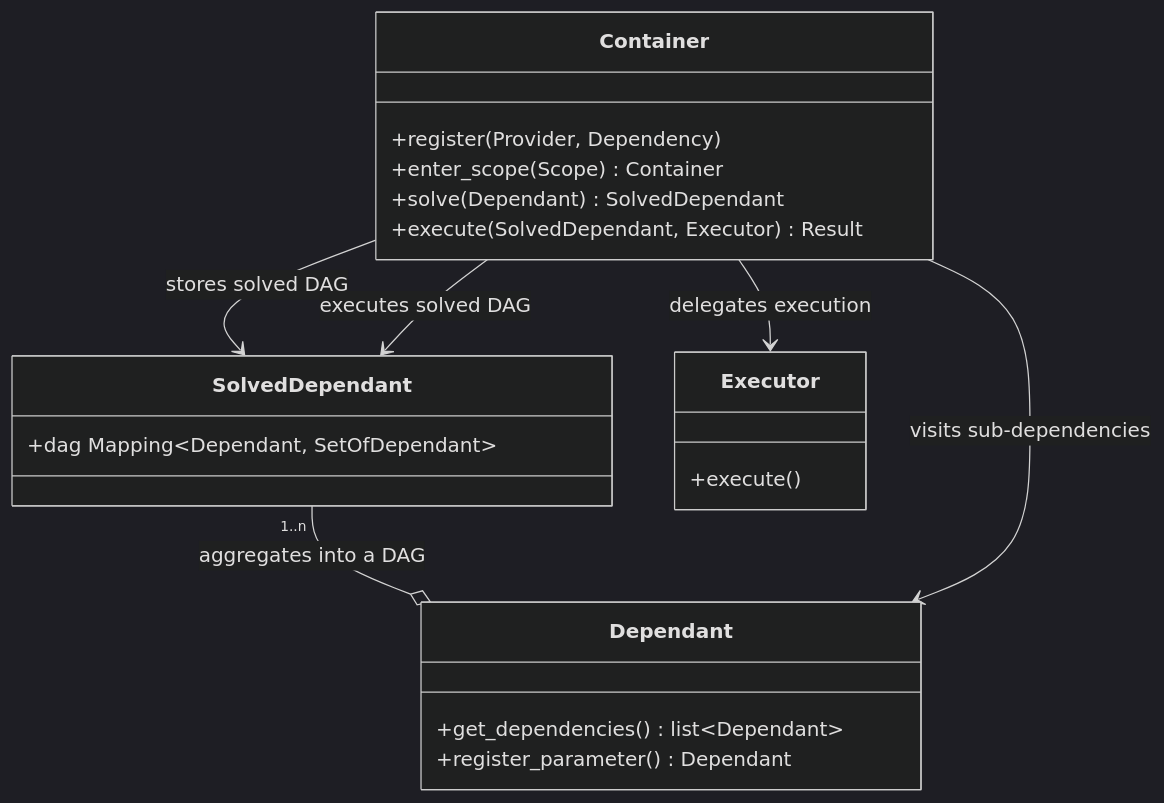
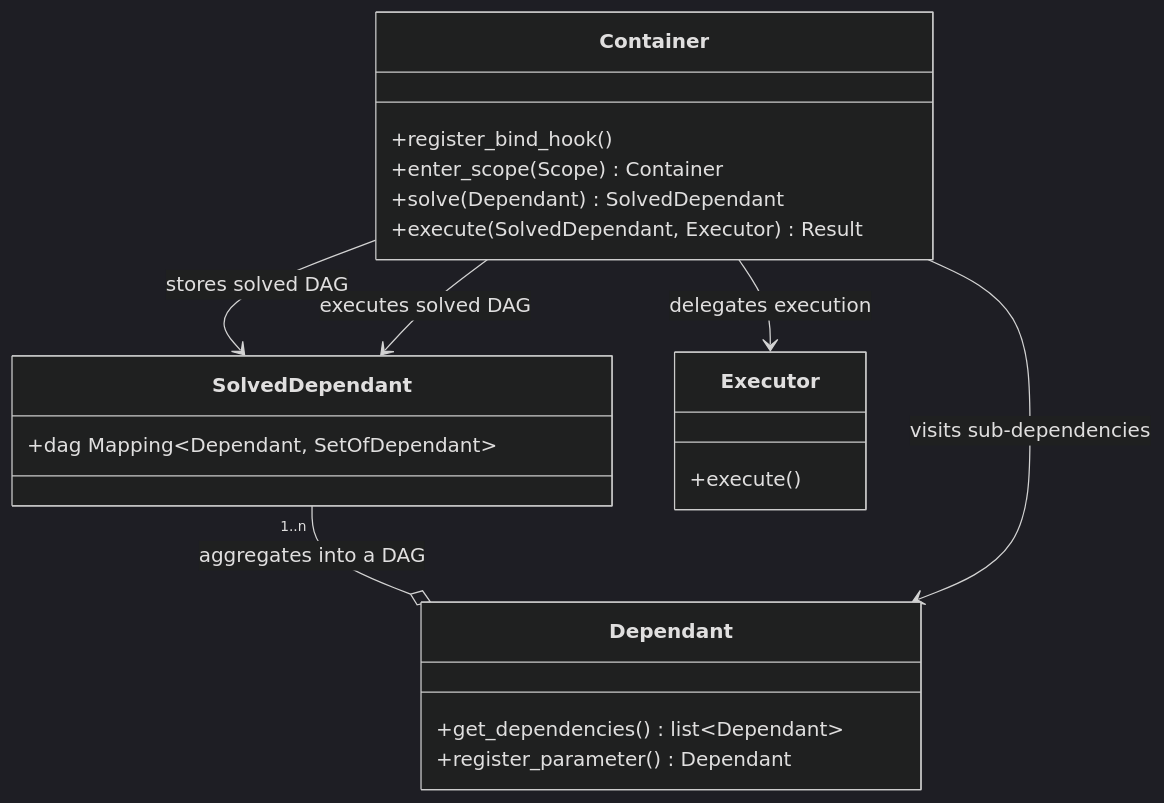
One commit to adriangb/di changed the diagram in docs/architecture.md. Above: the diagram before and after it, drawn with Mermaid (dark theme). The commit also changed 17 other files, not shown here.

````diff
--- a/docs/architecture.md
+++ b/docs/architecture.md
@@ -26,24 +26,24 @@
 ``` mermaid
 classDiagram
     SolvedDependant "1..n" --o Dependant: aggregates into a DAG
     Container --> Dependant: visits sub-dependencies
     Container --> Executor: delegates execution
     Container --> SolvedDependant: stores solved DAG
     Container --> SolvedDependant: executes solved DAG
     class Dependant{
       +get_dependencies() list~Dependant~
       +register_parameter() Dependant
     }
     class SolvedDependant{
       +dag Mapping~Dependant, SetOfDependant~
     }
     class Executor{
       +execute()
     }
     class Container{
-      +register(Provider, Dependency)
+      +register_bind_hook()
       +enter_scope(Scope) Container
       +solve(Dependant) SolvedDependant
       +execute(SolvedDependant, Executor) Result
     }
 ```
````
